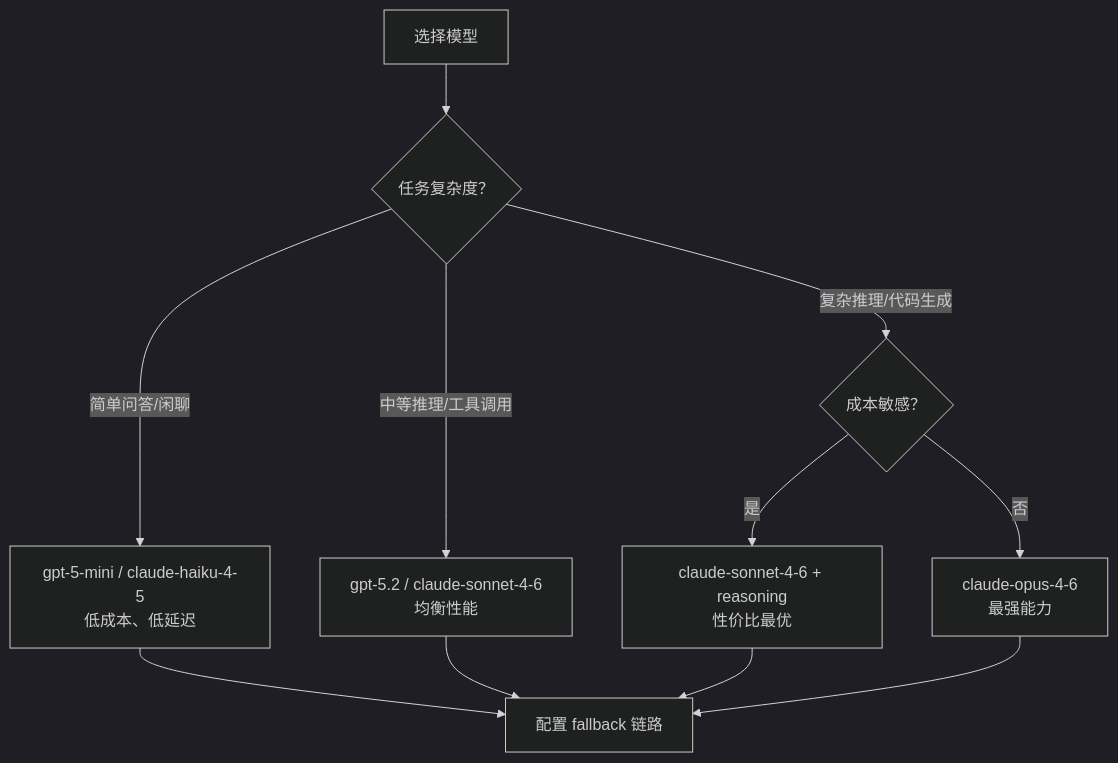
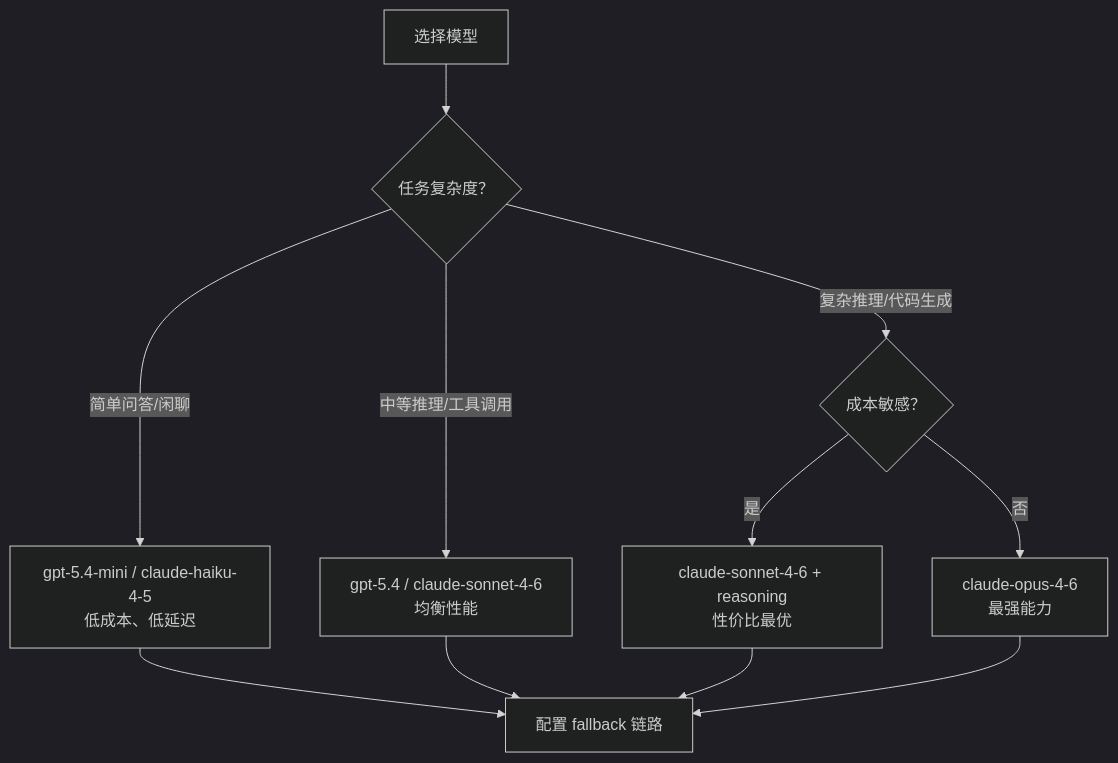
One commit to yeasy/openclaw_guide changed the diagram in 04_config_models/4.3_model_selection.md. Above: the diagram before and after it, drawn with Mermaid (dark theme). The commit also changed other lines of this file and 6 other files, not shown here.

````diff
--- a/04_config_models/4.3_model_selection.md
+++ b/04_config_models/4.3_model_selection.md
@@ -30,13 +30,13 @@
 ```mermaid
 flowchart TD
     Start["选择模型"] --> Q1{"任务复杂度？"}
-    Q1 -->|"简单问答/闲聊"| M1["gpt-5-mini / claude-haiku-4-5<br/>低成本、低延迟"]
-    Q1 -->|"中等推理/工具调用"| M2["gpt-5.2 / claude-sonnet-4-6<br/>均衡性能"]
+    Q1 -->|"简单问答/闲聊"| M1["gpt-5.4-mini / claude-haiku-4-5<br/>低成本、低延迟"]
+    Q1 -->|"中等推理/工具调用"| M2["gpt-5.4 / claude-sonnet-4-6<br/>均衡性能"]
     Q1 -->|"复杂推理/代码生成"| Q2{"成本敏感？"}
     Q2 -->|"是"| M3["claude-sonnet-4-6 + reasoning<br/>性价比最优"]
     Q2 -->|"否"| M4["claude-opus-4-6<br/>最强能力"]
     M1 --> FB["配置 fallback 链路"]
     M2 --> FB
     M3 --> FB
     M4 --> FB
 ```
````
